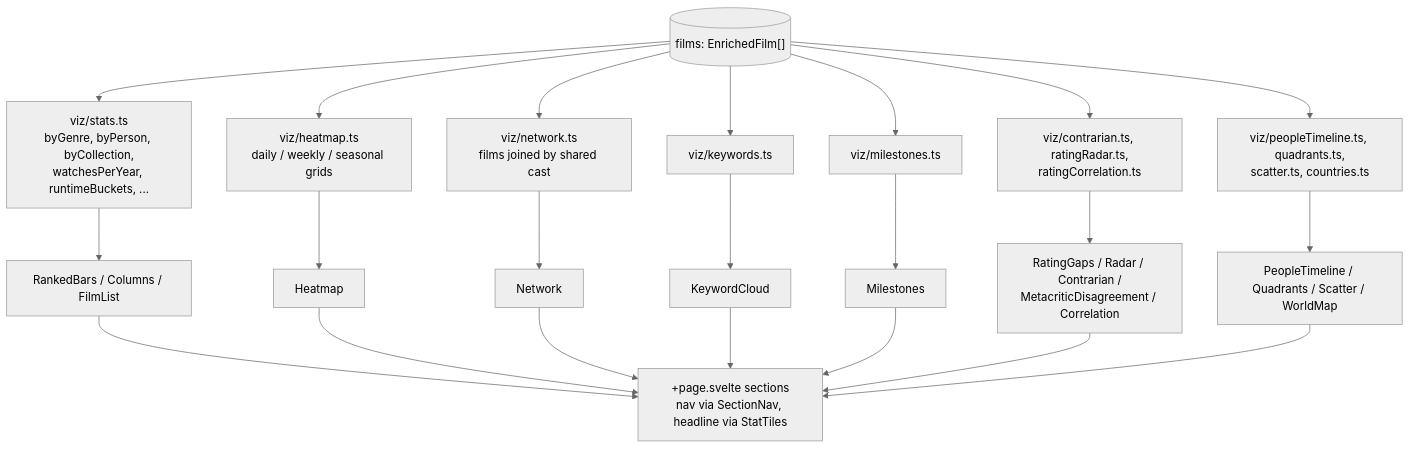
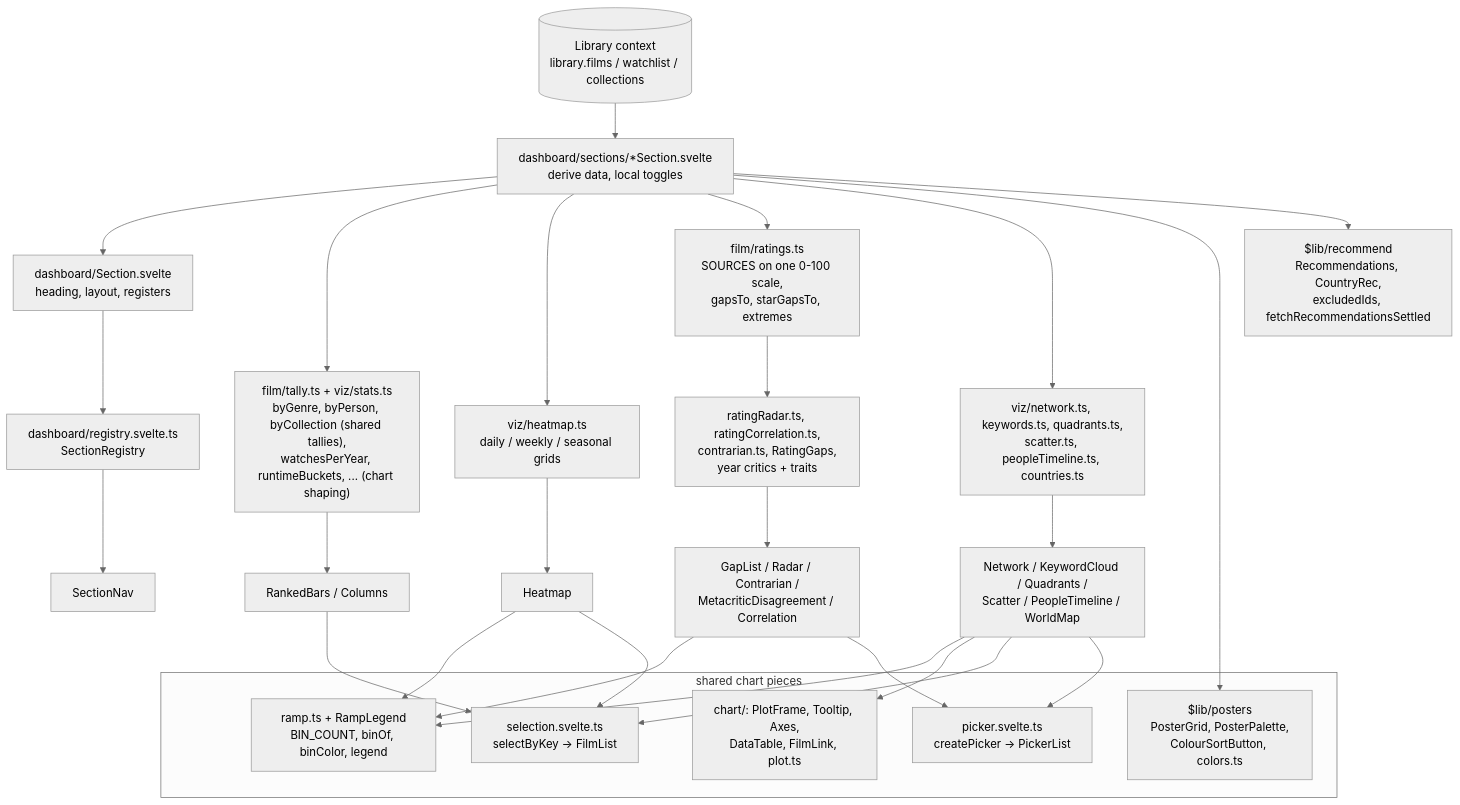
Before and after one commit to LaurinSorgend/letterboxd-vizard: the tenth of 26 diagrams in docs/ARCHITECTURE.md, drawn with Mermaid (neutral theme). The commit also changed other lines of this file and 319 other files, not shown here.

Commit message:
Untangle the codebase: shared film/api/year modules, per-section dashboard, generic server caches

````diff
--- a/docs/ARCHITECTURE.md
+++ b/docs/ARCHITECTURE.md
@@ -453,22 +558,34 @@
 ```mermaid
 flowchart TD
-    films[("films: EnrichedFilm[]")]
+    lib[("Library context<br/>library.films / watchlist / collections")]
 
-    films --> stats["viz/stats.ts<br/>byGenre, byPerson, byCollection,<br/>watchesPerYear, runtimeBuckets, ..."]
-    films --> heat["viz/heatmap.ts<br/>daily / weekly / seasonal grids"]
-    films --> net["viz/network.ts<br/>films joined by shared cast"]
-    films --> kw["viz/keywords.ts"]
-    films --> ms["viz/milestones.ts"]
-    films --> ctr["viz/contrarian.ts, ratingRadar.ts,<br/>ratingCorrelation.ts"]
-    films --> pt["viz/peopleTimeline.ts, quadrants.ts,<br/>scatter.ts, countries.ts"]
+    lib --> sections["dashboard/sections/*Section.svelte<br/>derive data, local toggles"]
+    sections --> Section["dashboard/Section.svelte<br/>heading, layout, registers"]
+    Section --> reg["dashboard/registry.svelte.ts<br/>SectionRegistry"]
+    reg --> nav[SectionNav]
 
-    stats --> RB[RankedBars / Columns / FilmList]
+    sections --> stats["film/tally.ts + viz/stats.ts<br/>byGenre, byPerson, byCollection (shared tallies),<br/>watchesPerYear, runtimeBuckets, ... (chart shaping)"]
+    sections --> heat["viz/heatmap.ts<br/>daily / weekly / seasonal grids"]
+    sections --> rs["film/ratings.ts<br/>SOURCES on one 0-100 scale,<br/>gapsTo, starGapsTo, extremes"]
+    rs --> rsUsers["ratingRadar.ts, ratingCorrelation.ts,<br/>contrarian.ts, RatingGaps,<br/>year critics + traits"]
+    sections --> other["viz/network.ts, keywords.ts, quadrants.ts,<br/>scatter.ts, peopleTimeline.ts, countries.ts"]
+
+    stats --> RB[RankedBars / Columns]
     heat --> HM[Heatmap]
-    net --> NW[Network]
-    kw --> KC[KeywordCloud]
-    ms --> MS[Milestones]
-    ctr --> RC[RatingGaps / Radar / Contrarian /<br/>MetacriticDisagreement / Correlation]
-    pt --> PV[PeopleTimeline / Quadrants / Scatter / WorldMap]
+    rsUsers --> RC[GapList / Radar / Contrarian /<br/>MetacriticDisagreement / Correlation]
+    other --> PV[Network / KeywordCloud / Quadrants /<br/>Scatter / PeopleTimeline / WorldMap]
 
-    RB & HM & NW & KC & MS & RC & PV --> page["+page.svelte sections<br/>nav via SectionNav, headline via StatTiles"]
+    subgraph shared["shared chart pieces"]
+        ramp["ramp.ts + RampLegend<br/>BIN_COUNT, binOf, binColor, legend"]
+        kit["chart/: PlotFrame, Tooltip, Axes,<br/>DataTable, FilmLink, plot.ts"]
+        sel["selection.svelte.ts<br/>selectByKey → FilmList"]
+        pick["picker.svelte.ts<br/>createPicker → PickerList"]
+        posters["$lib/posters<br/>PosterGrid, PosterPalette,<br/>ColourSortButton, colors.ts"]
+    end
+    HM & PV & RC --> ramp
+    PV --> kit
+    RB & HM & PV --> sel
+    PV & RC --> pick
+    sections --> posters
+    sections --> rec["$lib/recommend<br/>Recommendations, CountryRec,<br/>excludedIds, fetchRecommendationsSettled"]
 ```
````
